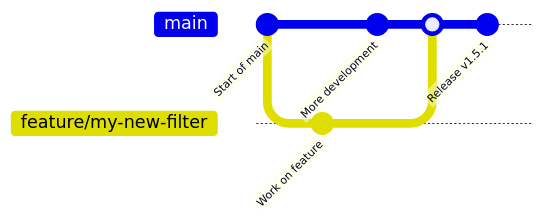
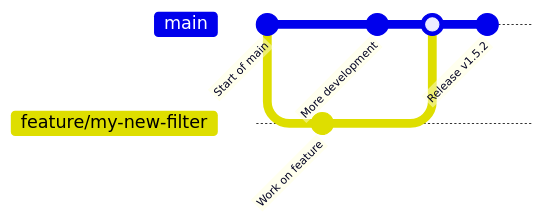
One commit to PlainsightAI/openfilter changed the first of 2 diagrams in CONTRIBUTING.md. Above: the diagram before and after it, drawn with Mermaid. The commit also changed other lines of this file and 8 other files, not shown here.

````diff
--- a/CONTRIBUTING.md
+++ b/CONTRIBUTING.md
@@ -383,11 +383,11 @@
 ```mermaid
 gitGraph
    commit id: "Start of main"
    branch feature/my-new-filter
    commit id: "Work on feature"
    checkout main
    commit id: "More development"
    merge feature/my-new-filter
-   commit id: "Release v1.5.1"
+   commit id: "Release v1.5.2"
 
 ```
````
